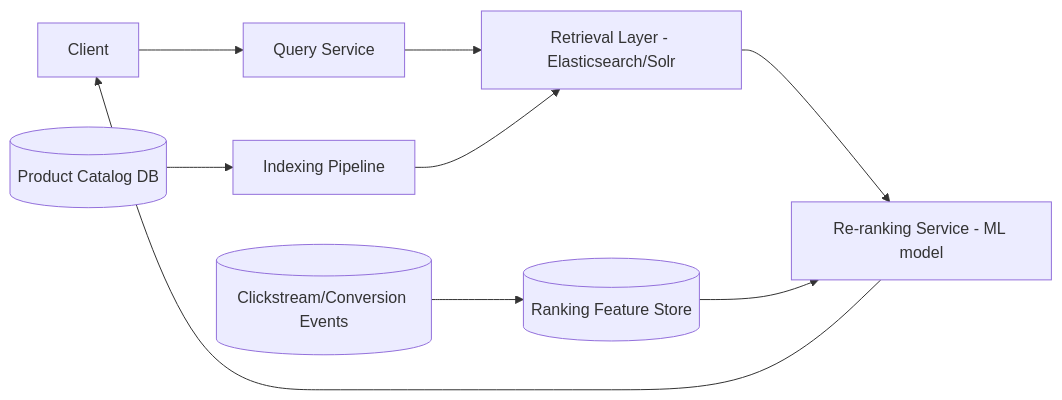
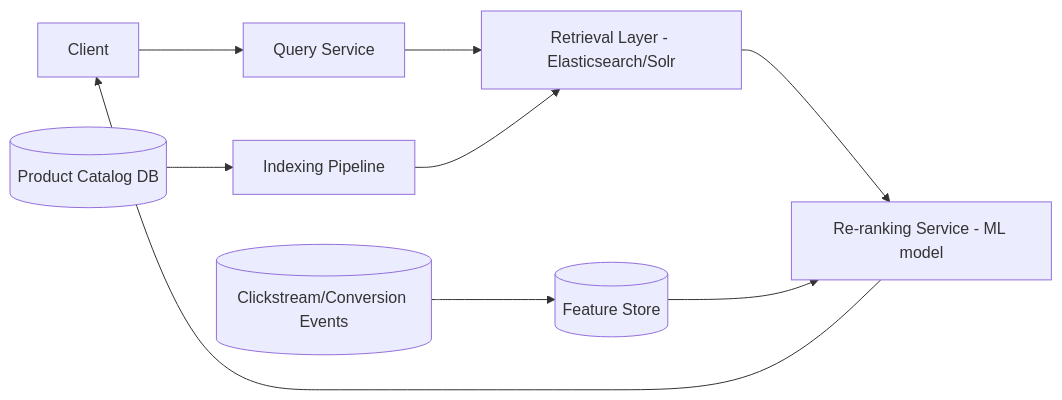
One commit to abhishekghoshh/system-design-helper changed the first of 20 diagrams in docs/system-design/high-level/designing/advanced/ecommerce-search-ranking-system.md. Above: the diagram before and after it, drawn with Mermaid. The commit also changed other lines of this file and 107 other files, not shown here.

````diff
--- a/docs/system-design/high-level/designing/advanced/ecommerce-search-ranking-system.md
+++ b/docs/system-design/high-level/designing/advanced/ecommerce-search-ranking-system.md
@@ -65,11 +56,11 @@
 ```mermaid
 flowchart LR
     Client --> QueryService[Query Service]
     QueryService --> Retrieval[Retrieval Layer - Elasticsearch/Solr]
     Retrieval --> Rerank[Re-ranking Service - ML model]
     Rerank --> Client
     CatalogDB[(Product Catalog DB)] --> IndexingPipeline[Indexing Pipeline]
     IndexingPipeline --> Retrieval
-    ClickstreamEvents[(Clickstream/Conversion Events)] --> FeatureStore[(Ranking Feature Store)]
+    ClickstreamEvents[(Clickstream/Conversion Events)] --> FeatureStore[(Feature Store)]
     FeatureStore --> Rerank
 ```
````
